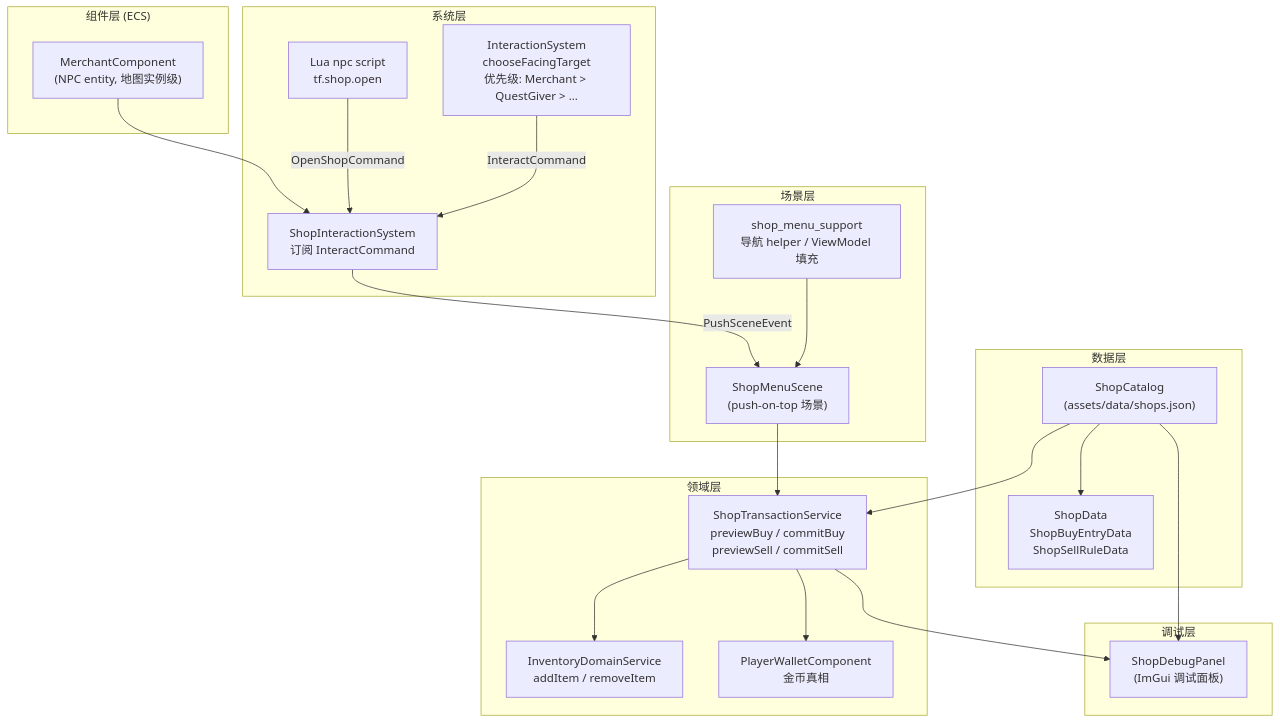
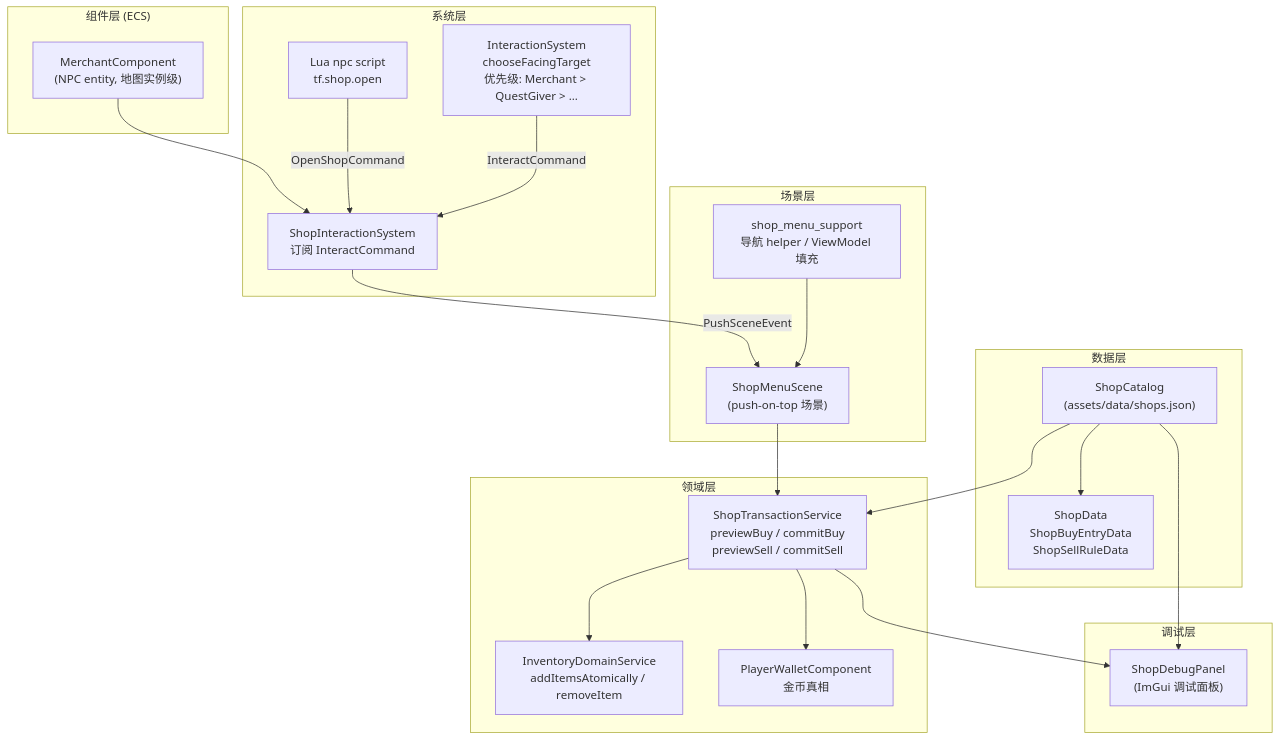
One commit to WispSnow/TinyFarmRPG changed the first of 4 diagrams in docs/gameplay/shop-system.md. Above: the diagram before and after it, drawn with Mermaid. The commit also changed other lines of this file and 7 other files, not shown here.

````diff
--- a/docs/gameplay/shop-system.md
+++ b/docs/gameplay/shop-system.md
@@ -14,45 +14,45 @@
 ```mermaid
 graph TD
     subgraph "数据层"
         SC["ShopCatalog<br/>(assets/data/shops.json)"]
         SD["ShopData<br/>ShopBuyEntryData<br/>ShopSellRuleData"]
     end
 
     subgraph "组件层 (ECS)"
         MC["MerchantComponent<br/>(NPC entity, 地图实例级)"]
     end
 
     subgraph "领域层"
         STS["ShopTransactionService<br/>previewBuy / commitBuy<br/>previewSell / commitSell"]
-        INV["InventoryDomainService<br/>addItem / removeItem"]
+        INV["InventoryDomainService<br/>addItemsAtomically / removeItem"]
         WAL["PlayerWalletComponent<br/>金币真相"]
     end
 
     subgraph "系统层"
         SIS["ShopInteractionSystem<br/>订阅 InteractCommand"]
         LUA["Lua npc script<br/>tf.shop.open"]
         IS["InteractionSystem<br/>chooseFacingTarget<br/>优先级: Merchant > QuestGiver > ..."]
     end
 
     subgraph "场景层"
         SMS["ShopMenuScene<br/>(push-on-top 场景)"]
         SUP["shop_menu_support<br/>导航 helper / ViewModel 填充"]
     end
 
     subgraph "调试层"
         SDP["ShopDebugPanel<br/>(ImGui 调试面板)"]
     end
 
     SC --> SD
     MC --> SIS
     LUA -->|OpenShopCommand| SIS
     IS -->|InteractCommand| SIS
     SIS -->|PushSceneEvent| SMS
     SMS --> STS
     STS --> INV
     STS --> WAL
     SC --> STS
     SUP --> SMS
     SC --> SDP
     STS --> SDP
 ```
````
